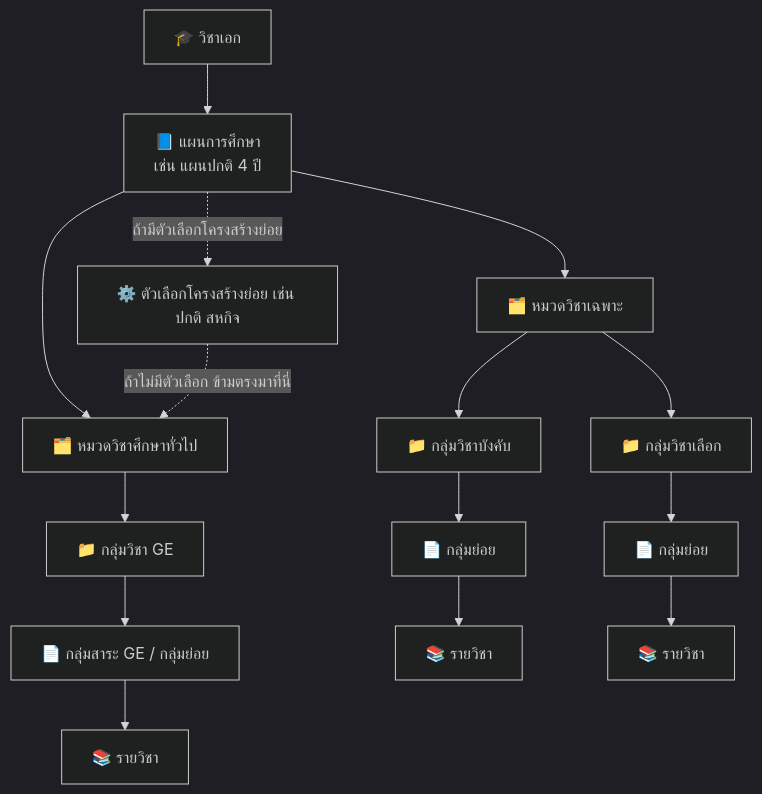
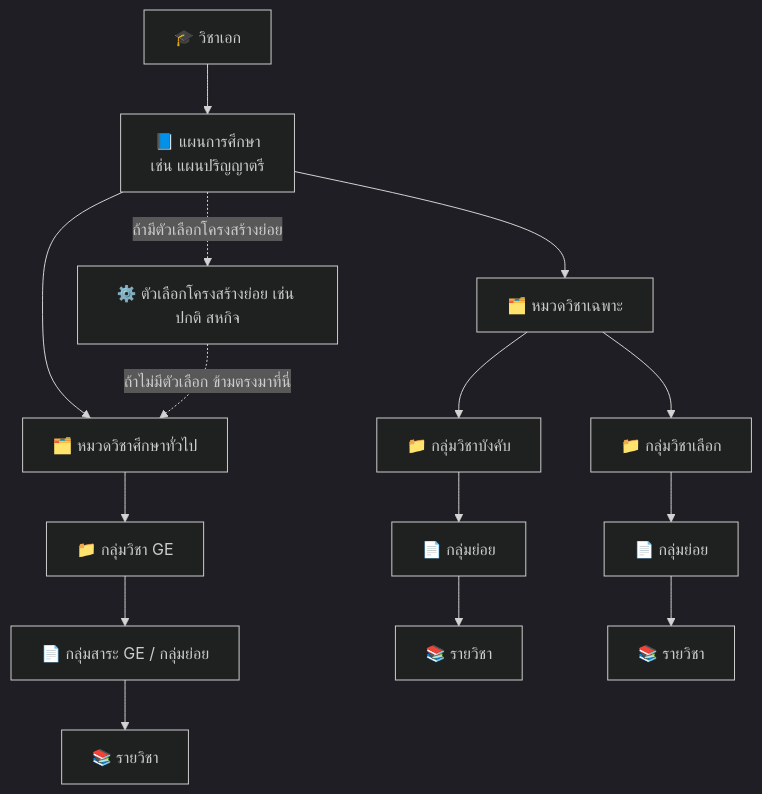
Before and after one commit to kamolchanokc/cms-user-manaul: the first of 2 diagrams in curriculum-structure.md, drawn with Mermaid (dark theme). The commit also changed other lines of this file, not shown here.

````diff
--- a/curriculum-structure.md
+++ b/curriculum-structure.md
@@ -42,17 +42,17 @@
 ```mermaid
 flowchart TD
-    A["🎓 วิชาเอก"] --> B["📘 แผนการศึกษา<br/>เช่น แผนปกติ 4 ปี"]
+    A["🎓 วิชาเอก"] --> B["📘 แผนการศึกษา<br/>เช่น แผนปริญญาตรี"]
     B -.->|"ถ้ามีตัวเลือกโครงสร้างย่อย"| V["⚙️ ตัวเลือกโครงสร้างย่อย เช่น ปกติ สหกิจ"]
     B --> C1["🗂️ หมวดวิชาศึกษาทั่วไป"]
     B --> C2["🗂️ หมวดวิชาเฉพาะ"]
     V -.->|"ถ้าไม่มีตัวเลือก ข้ามตรงมาที่นี่"| C1
     C1 --> D1["📁 กลุ่มวิชา GE"]
     C2 --> D2["📁 กลุ่มวิชาบังคับ"]
     C2 --> D3["📁 กลุ่มวิชาเลือก"]
     D1 --> E1["📄 กลุ่มสาระ GE / กลุ่มย่อย"]
     D2 --> E2["📄 กลุ่มย่อย"]
     D3 --> E3["📄 กลุ่มย่อย"]
     E1 --> F1["📚 รายวิชา"]
     E2 --> F2["📚 รายวิชา"]
     E3 --> F3["📚 รายวิชา"]
 ```
````
